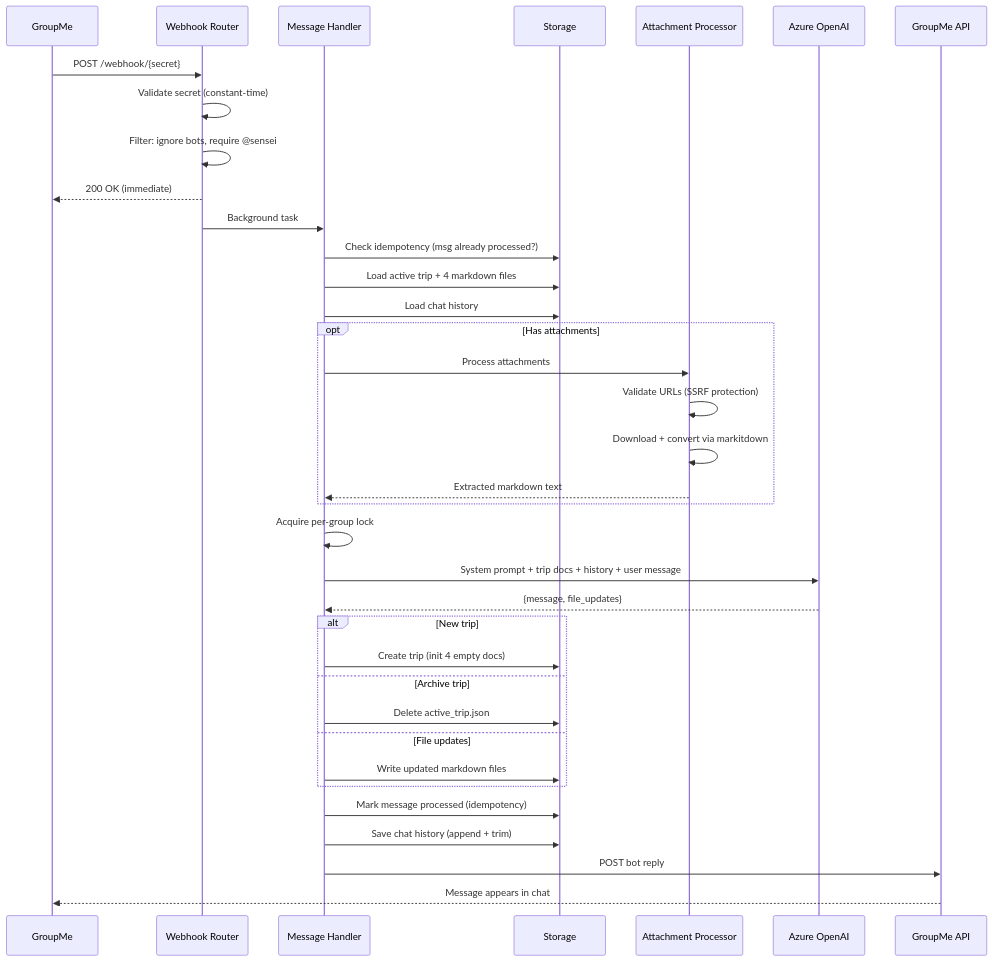
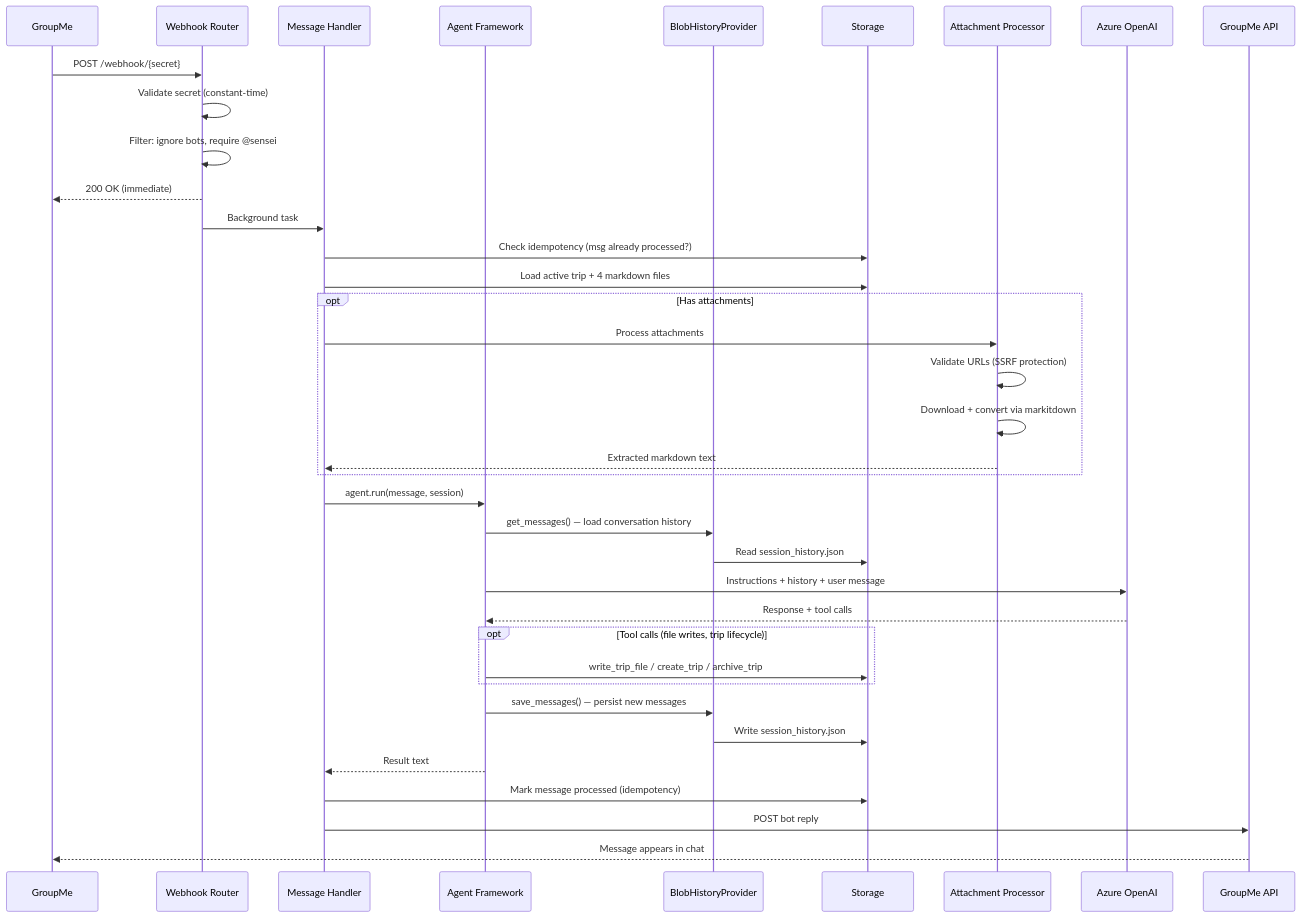
The sixth of 6 diagrams in docs/architecture.md (marlobello/groupmetravelbot), drawn with Mermaid before and after one commit. The commit also changed other lines of this file and 2 other files, not shown here.

First line of the commit message:
Update docs for Agent Framework migration

````diff
--- a/docs/architecture.md
+++ b/docs/architecture.md
@@ -199,44 +208,46 @@
 ```mermaid
 sequenceDiagram
     participant GM as GroupMe
     participant WH as Webhook Router
     participant MH as Message Handler
+    participant Agent as Agent Framework
+    participant HP as BlobHistoryProvider
     participant ST as Storage
     participant AP as Attachment Processor
     participant LLM as Azure OpenAI
     participant API as GroupMe API
 
     GM->>WH: POST /webhook/{secret}
     WH->>WH: Validate secret (constant-time)
     WH->>WH: Filter: ignore bots, require @sensei
     WH-->>GM: 200 OK (immediate)
     WH->>MH: Background task
 
     MH->>ST: Check idempotency (msg already processed?)
     MH->>ST: Load active trip + 4 markdown files
-    MH->>ST: Load chat history
 
     opt Has attachments
         MH->>AP: Process attachments
         AP->>AP: Validate URLs (SSRF protection)
         AP->>AP: Download + convert via markitdown
         AP-->>MH: Extracted markdown text
     end
 
-    MH->>MH: Acquire per-group lock
-    MH->>LLM: System prompt + trip docs + history + user message
-    LLM-->>MH: {message, file_updates}
+    MH->>Agent: agent.run(message, session)
+    Agent->>HP: get_messages() — load conversation history
+    HP->>ST: Read session_history.json
+    Agent->>LLM: Instructions + history + user message
+    LLM-->>Agent: Response + tool calls
 
-    alt New trip
-        MH->>ST: Create trip (init 4 empty docs)
-    else Archive trip
-        MH->>ST: Delete active_trip.json
-    else File updates
-        MH->>ST: Write updated markdown files
+    opt Tool calls (file writes, trip lifecycle)
+        Agent->>ST: write_trip_file / create_trip / archive_trip
     end
 
+    Agent->>HP: save_messages() — persist new messages
+    HP->>ST: Write session_history.json
+    Agent-->>MH: Result text
+
     MH->>ST: Mark message processed (idempotency)
-    MH->>ST: Save chat history (append + trim)
     MH->>API: POST bot reply
     API-->>GM: Message appears in chat
 ```
````
